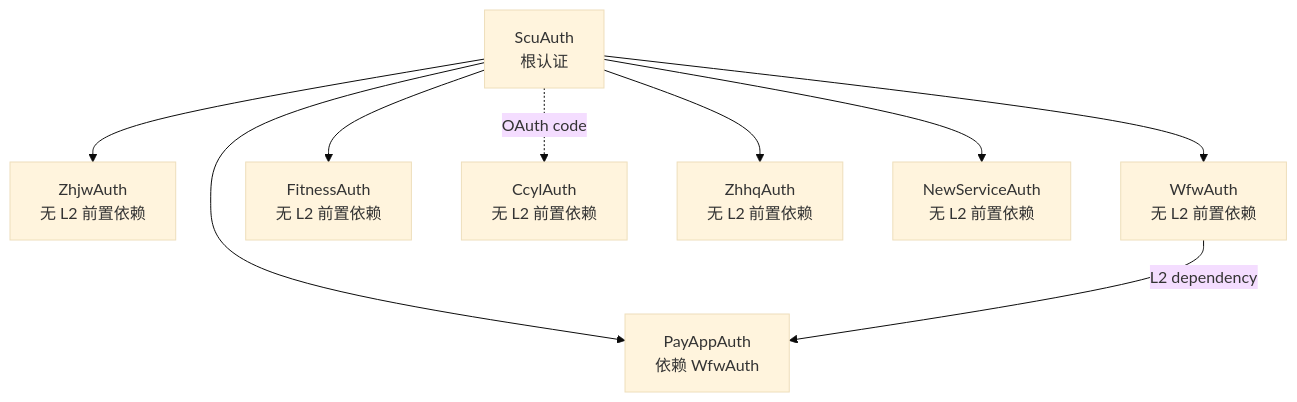
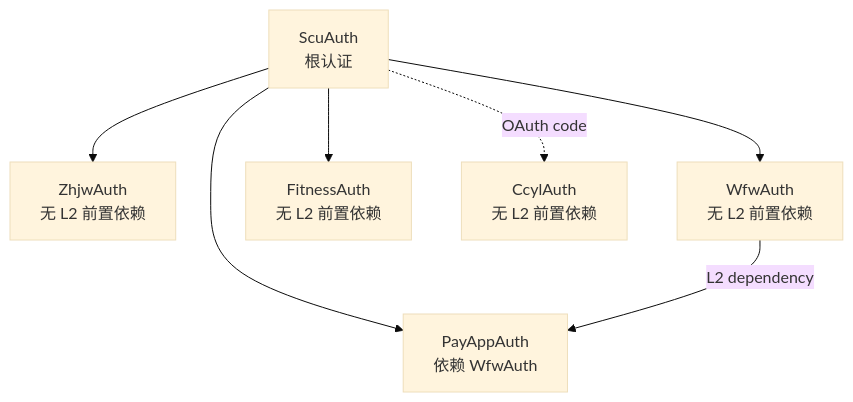
Before and after one commit to The-Brotherhood-of-SCU/Bugaoshan_docs_page: the second of 5 diagrams in docs/develop/architecture/authentication.md, drawn with Mermaid (base theme). The commit also changed other lines of this file and 33 other files, not shown here.

````diff
--- a/docs/develop/architecture/authentication.md
+++ b/docs/develop/architecture/authentication.md
@@ -144,20 +131,16 @@
 ```mermaid
 flowchart TD
     SCU["ScuAuth<br/>根认证"]
     ZHJW["ZhjwAuth<br/>无 L2 前置依赖"]
     WFW["WfwAuth<br/>无 L2 前置依赖"]
     FITNESS["FitnessAuth<br/>无 L2 前置依赖"]
     CCYL["CcylAuth<br/>无 L2 前置依赖"]
-    ZHHQ["ZhhqAuth<br/>无 L2 前置依赖"]
-    NEWSVC["NewServiceAuth<br/>无 L2 前置依赖"]
     PAYAPP["PayAppAuth<br/>依赖 WfwAuth"]
 
     SCU --> ZHJW
     SCU --> WFW
     SCU --> FITNESS
     SCU -.OAuth code.-> CCYL
-    SCU --> ZHHQ
-    SCU --> NEWSVC
     SCU --> PAYAPP
     WFW -->|L2 dependency| PAYAPP
 ```
````
